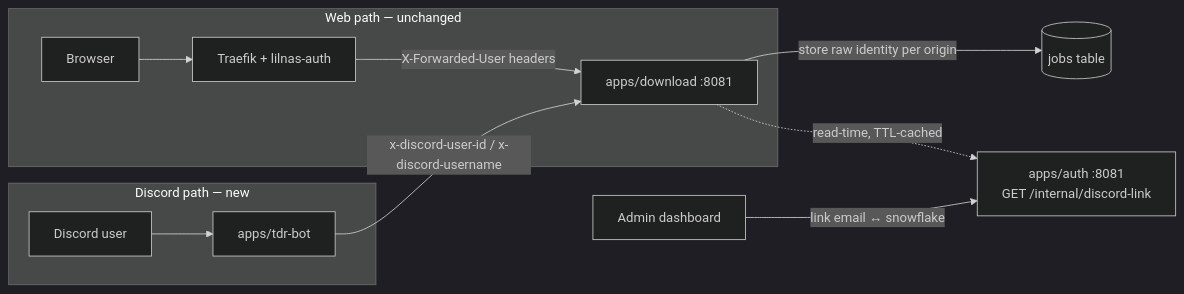
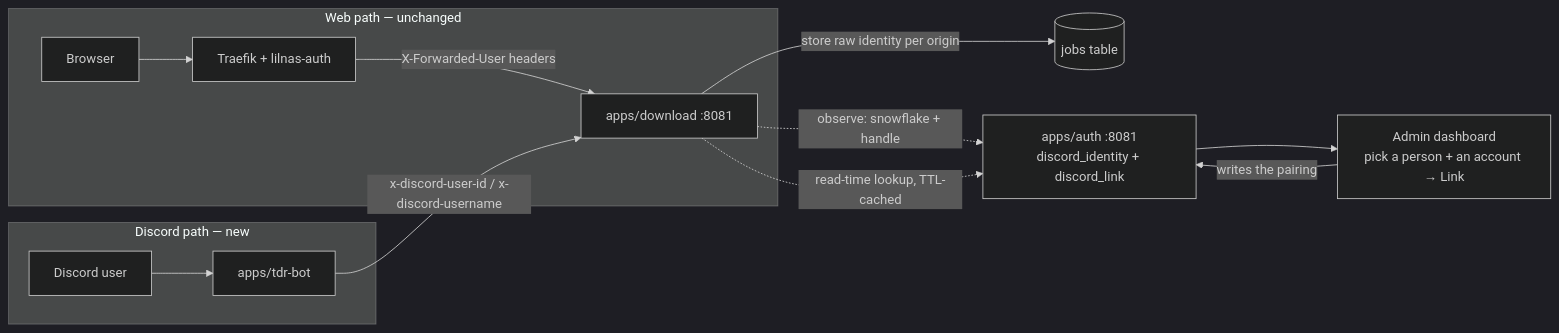
The first of 2 diagrams in docs/features/download/plans/017-discord-attribution-and-account-linking.md (codemonkey800/lilnas), drawn with Mermaid (dark theme) before and after one commit. The commit also changed other lines of this file, not shown here.

First line of the commit message:
docs(download): make plan 017 link by picking from observed lists

````diff
--- a/docs/features/download/plans/017-discord-attribution-and-account-linking.md
+++ b/docs/features/download/plans/017-discord-attribution-and-account-linking.md
@@ -28,12 +30,14 @@
 ```mermaid
 flowchart LR
   subgraph web [Web path — unchanged]
     B[Browser] --> T[Traefik + lilnas-auth] -->|X-Forwarded-User headers| DL[apps/download :8081]
   end
   subgraph discord [Discord path — new]
     U[Discord user] --> TB[apps/tdr-bot] -->|x-discord-user-id / x-discord-username| DL
   end
   DL -->|store raw identity per origin| DB[(jobs table)]
-  DL -.->|read-time, TTL-cached| AU[apps/auth :8081<br/>GET /internal/discord-link]
-  AD[Admin dashboard] -->|link email ↔ snowflake| AU
+  DL -.->|"observe: snowflake + handle"| AU
+  DL -.->|read-time lookup, TTL-cached| AU[apps/auth :8081<br/>discord_identity + discord_link]
+  AU --> AD[Admin dashboard<br/>pick a person + an account → Link]
+  AD -->|writes the pairing| AU
 ```
````
